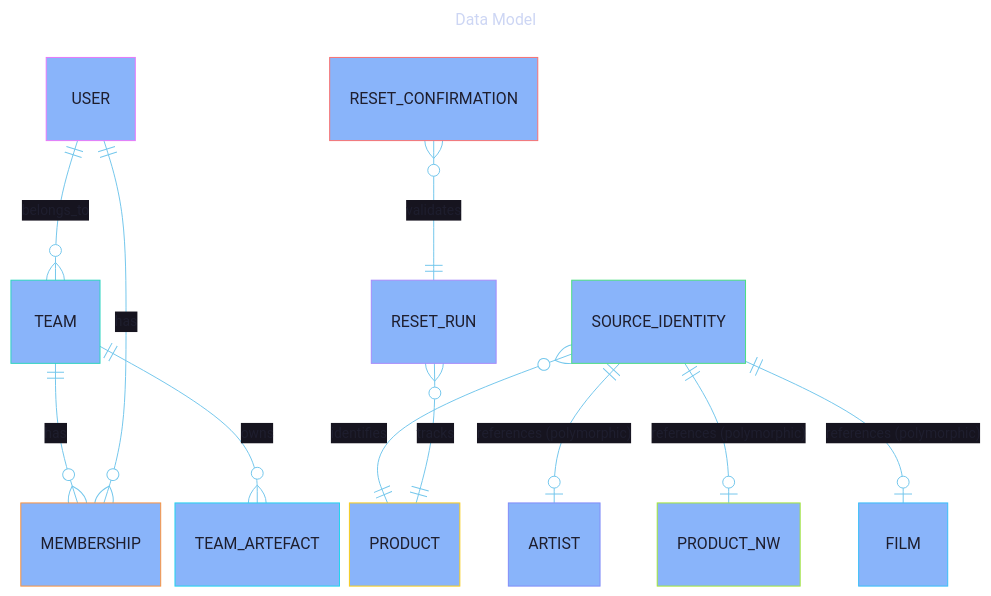
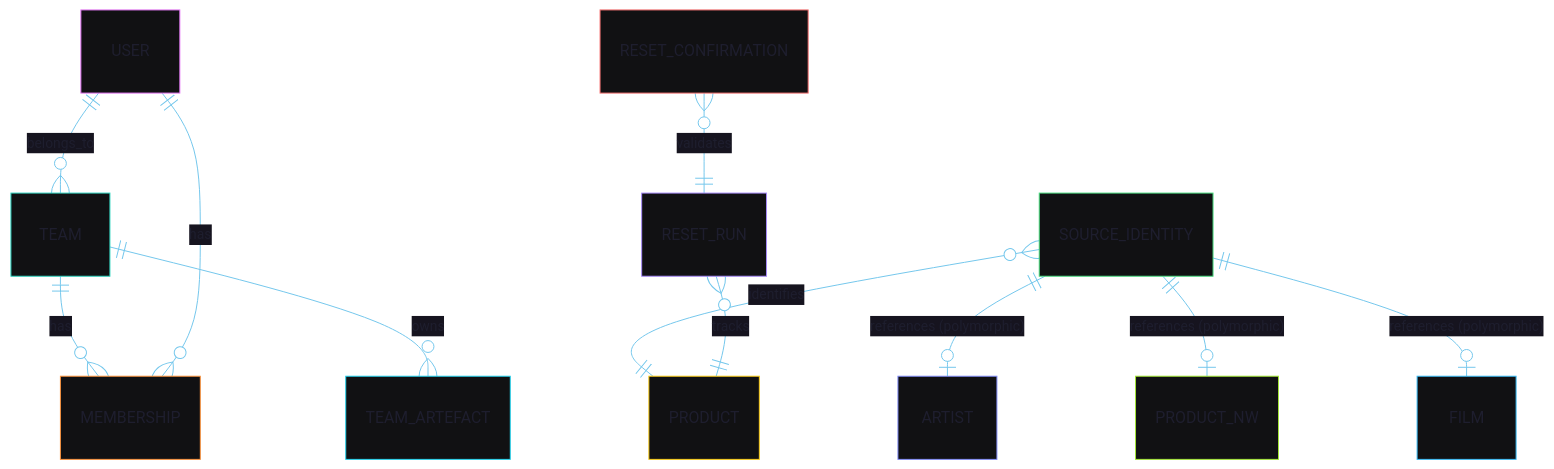
The first of 3 diagrams in docs/12-design/1202-data-model.md (s-a-c/samples-20260717), drawn with Mermaid before and after one commit. The commit also changed other lines of this file and 2157 other files, not shown here.

````diff
--- a/docs/12-design/1202-data-model.md
+++ b/docs/12-design/1202-data-model.md
@@ -84,77 +83,47 @@
 ```mermaid
 ---
-title: Data Model
 config:
   theme: redux-dark-color
   themeVariables:
     background: "#1e1e2e"
     primaryColor: "#89b4fa"
     primaryTextColor: "#1e1e2e"
     primaryBorderColor: "#74c7ec"
     lineColor: "#74c7ec"
-    secondaryColor: "#cba6f7"
-    secondaryTextColor: "#1e1e2e"
-    secondaryBorderColor: "#b4befe"
-    tertiaryColor: "#94e2d5"
-    tertiaryTextColor: "#1e1e2e"
-    tertiaryBorderColor: "#89dceb"
-    mainBkg: "#89b4fa"
-    secondBkg: "#cba6f7"
-    tertiaryBkg: "#94e2d5"
     textColor: "#cdd6f4"
-    nodeBorder: "#74c7ec"
-    clusterBkg: "#313244"
-    clusterBorder: "#b4befe"
-    edgeLabelBackground: "#1e1e2e"
-    titleColor: "#cdd6f4"
     fontSize: 16px
-    erEdgeLabelBackground: "#1e1e2e"
-    relationColor: "#74c7ec"
-    relationLabelBackground: "#1e1e2e"
-    relationLabelColor: "#cdd6f4"
-  themeCSS: |
-    .node rect, .node circle, .node ellipse, .node polygon, .node path { stroke-width: 2px !important; }
-    .edgePath .path { stroke-width: 2px !important; }
-    .label { font-weight: bold !important; }
-    .edgeLabel { background-color: #1e1e2e !important; }
-  er:
-    layoutDirection: TB
-    defaultRenderer: elk
-    minEntityWidth: 90
-    nodeSpacing: 10
-    rankSpacing: 120
 ---
 erDiagram
     direction TB
 
     %% public_schema
     USER
     TEAM
     MEMBERSHIP
     TEAM_ARTEFACT
     SOURCE_IDENTITY
     RESET_RUN
     RESET_CONFIRMATION
 
     USER ||--o{ TEAM : belongs_to
     TEAM ||--o{ MEMBERSHIP : has
     USER ||--o{ MEMBERSHIP : has
     TEAM ||--o{ TEAM_ARTEFACT : owns
 
     SOURCE_IDENTITY }o--|| PRODUCT : identifies
     RESET_RUN }o--|| PRODUCT : tracks
     RESET_CONFIRMATION }o--|| RESET_RUN : validates
 
     %% chinook_schema
     ARTIST
 
     %% northwind_schema
     PRODUCT_NW
 
     %% pagila_schema
     FILM
 
     SOURCE_IDENTITY ||--o| ARTIST : "references (polymorphic)"
     SOURCE_IDENTITY ||--o| PRODUCT_NW : "references (polymorphic)"
     SOURCE_IDENTITY ||--o| FILM : "references (polymorphic)"
 ```
````
